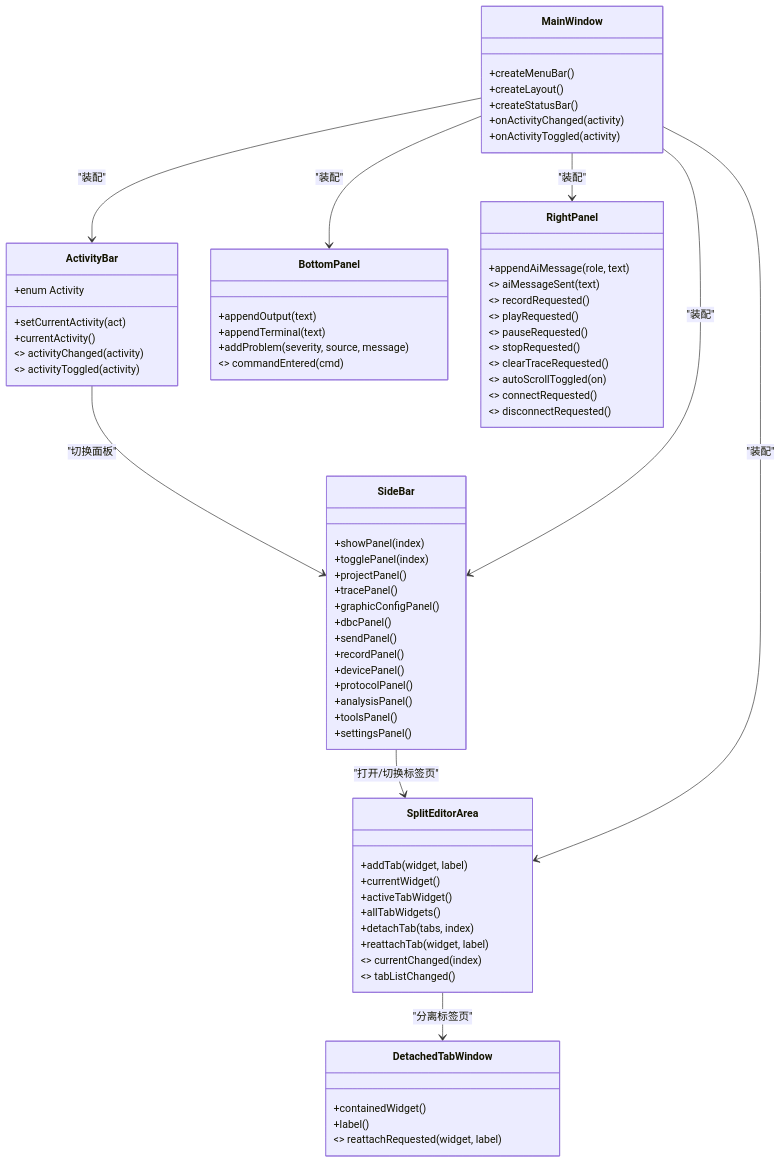
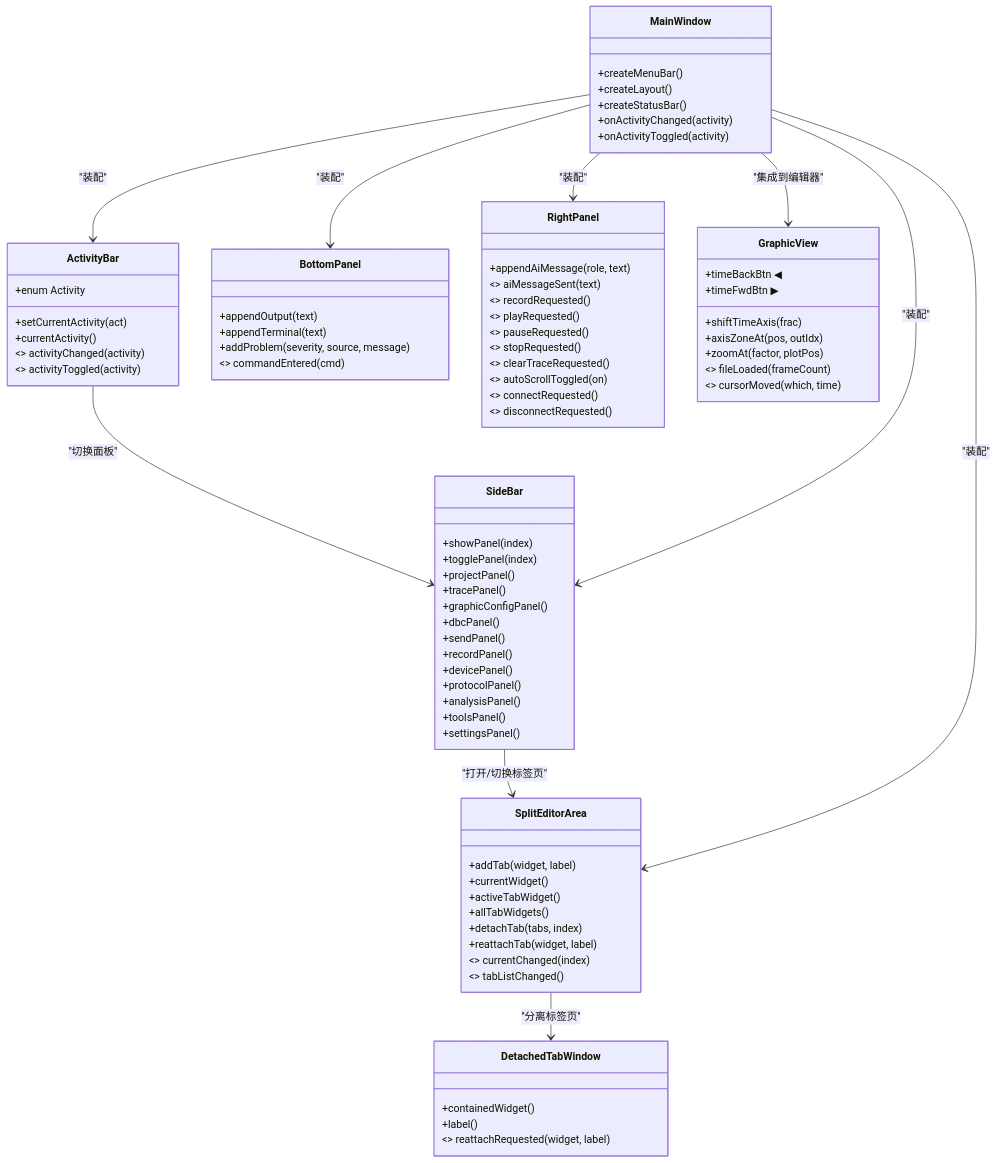
Before and after one commit to jakecai1225-design/OpenBus: the second of 7 diagrams in .qoder/repowiki/zh/content/架构设计/UI系统设计/工具栏系统.md, drawn with Mermaid. The commit also changed other lines of this file and 13 other files, not shown here.

Commit message:
graphic 插件方案

````diff
--- a/.qoder/repowiki/zh/content/架构设计/UI系统设计/工具栏系统.md
+++ b/.qoder/repowiki/zh/content/架构设计/UI系统设计/工具栏系统.md
@@ -179,6 +193,15 @@
 <<signals>> connectRequested()
 <<signals>> disconnectRequested()
 }
+class GraphicView {
++shiftTimeAxis(frac)
++axisZoneAt(pos, outIdx)
++zoomAt(factor, plotPos)
++timeBackBtn ◀
++timeFwdBtn ▶
+<<signals>> fileLoaded(frameCount)
+<<signals>> cursorMoved(which, time)
+}
 class MainWindow {
 +createMenuBar()
 +createLayout()
@@ -194,4 +217,5 @@
 MainWindow --> SplitEditorArea : "装配"
 MainWindow --> BottomPanel : "装配"
 MainWindow --> RightPanel : "装配"
+MainWindow --> GraphicView : "集成到编辑器"
 ```
````
